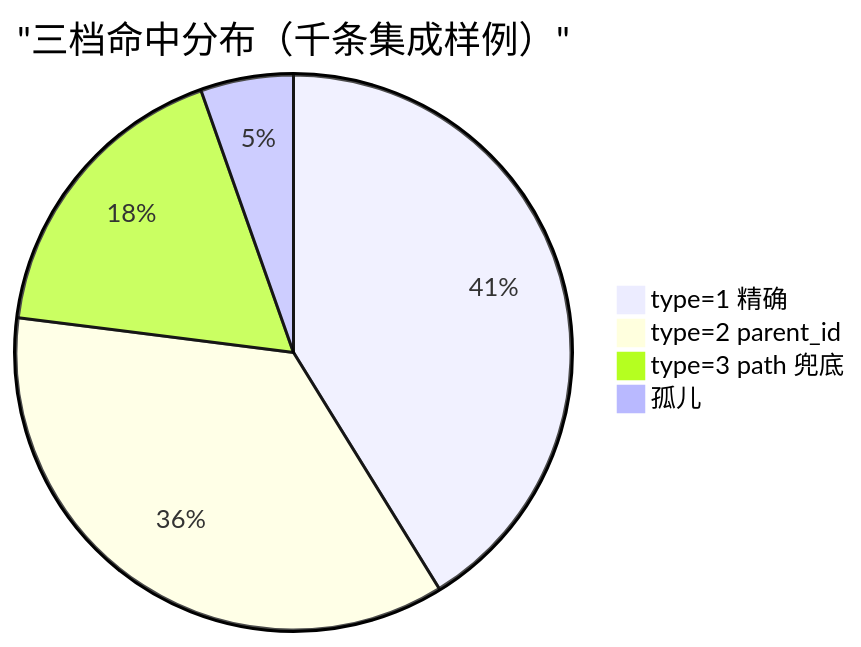
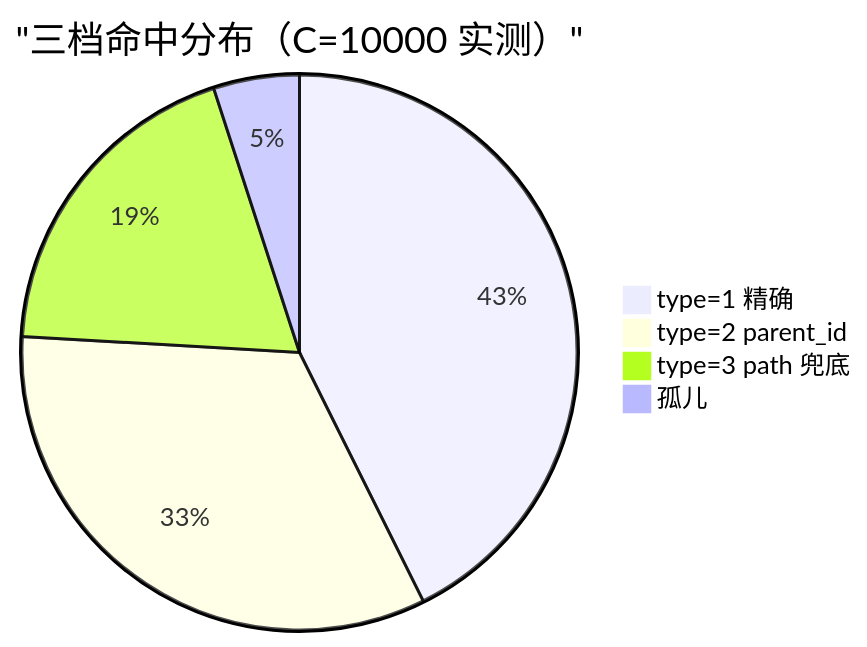
The seventh of 7 diagrams in docs/创新方案-关联案例(Point-Case-Linker).md (IvyCloudy/workbench), drawn with Mermaid before and after one commit. The commit also changed other lines of this file, not shown here.

````diff
--- a/docs/创新方案-关联案例(Point-Case-Linker).md
+++ b/docs/创新方案-关联案例(Point-Case-Linker).md
@@ -214,8 +307,8 @@
 ```mermaid
 pie
-    title "三档命中分布（千条集成样例）"
-    "type=1 精确" : 412
-    "type=2 parent_id" : 358
-    "type=3 path 兜底" : 176
-    "孤儿" : 54
+    title "三档命中分布（C=10000 实测）"
+    "type=1 精确" : 4265
+    "type=2 parent_id" : 3327
+    "type=3 path 兜底" : 1908
+    "孤儿" : 500
 ```
````
